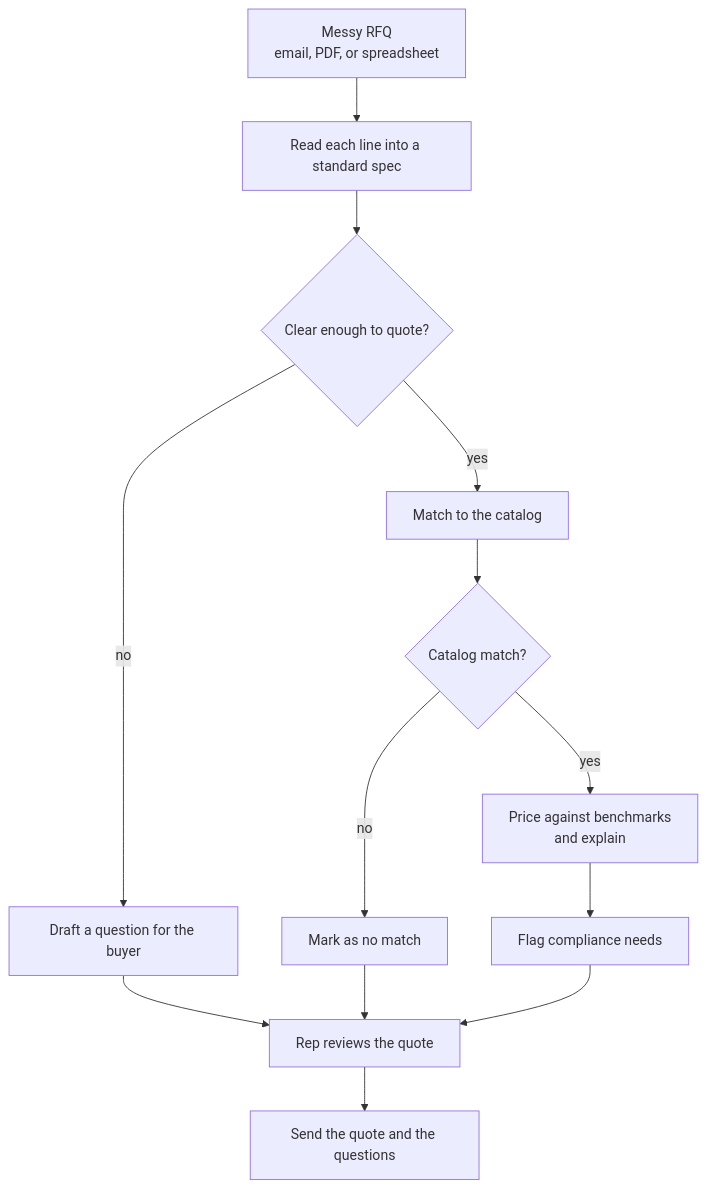
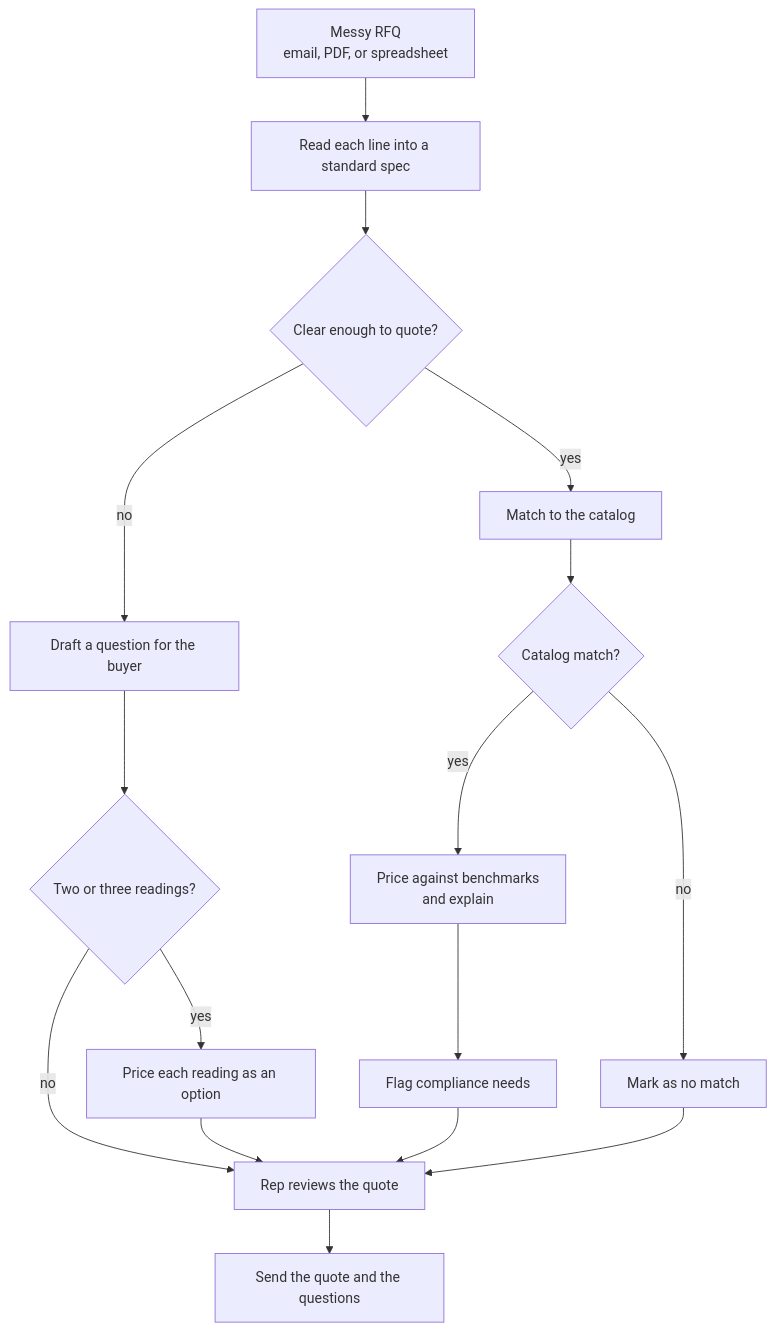
Before and after one commit to kenxle/columbia-startup-lab-get-hired-hack: the diagram in docs/product/PRD.md, drawn with Mermaid. The commit also changed other lines of this file and 4 other files, not shown here.

````diff
--- a/docs/product/PRD.md
+++ b/docs/product/PRD.md
@@ -127,15 +130,18 @@
 ```mermaid
 flowchart TD
     A["Messy RFQ<br/>email, PDF, or spreadsheet"] --> B["Read each line into a standard spec"]
     B --> C{"Clear enough to quote?"}
     C -- no --> Q["Draft a question for the buyer"]
+    Q --> R{"Two or three readings?"}
+    R -- yes --> S["Price each reading as an option"]
+    R -- no --> H
+    S --> H
     C -- yes --> D["Match to the catalog"]
     D --> E{"Catalog match?"}
     E -- no --> N["Mark as no match"]
     E -- yes --> F["Price against benchmarks<br/>and explain"]
     F --> G["Flag compliance needs"]
     G --> H["Rep reviews the quote"]
-    Q --> H
     N --> H
     H --> I["Send the quote and the questions"]
 ```
````
